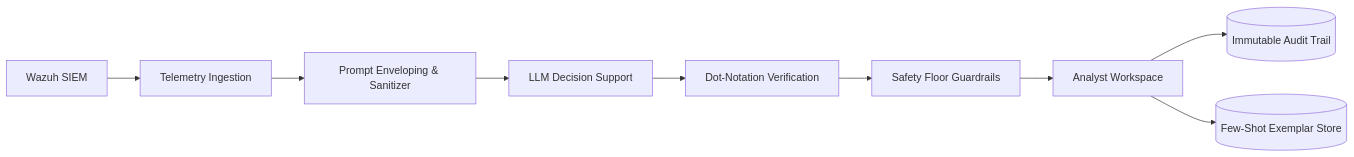
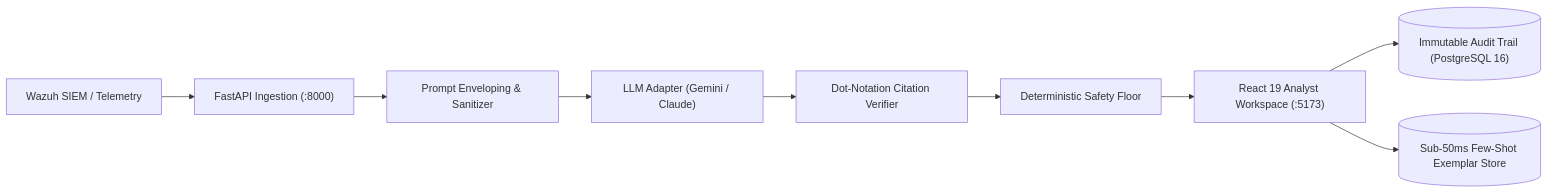
Before and after one commit to asad-123456/Sentra-X: the diagram in README.md, drawn with Mermaid. The commit also changed other lines of this file and 86 other files, not shown here.

Commit message:
feat(core): Deliver WP-2 Backend REST API & WP-5 Frontend React SPA with full contract parity, resilience, and test suite

````diff
--- a/README.md
+++ b/README.md
@@ -18,11 +19,11 @@
 ```mermaid
 flowchart LR
-    Wazuh["Wazuh SIEM"] --> Ingestion["Telemetry Ingestion"]
+    Wazuh["Wazuh SIEM / Telemetry"] --> Ingestion["FastAPI Ingestion (:8000)"]
     Ingestion --> Envelope["Prompt Enveloping & Sanitizer"]
-    Envelope --> LLM["LLM Decision Support"]
-    LLM --> Verification["Dot-Notation Verification"]
-    Verification --> SafetyFloor["Safety Floor Guardrails"]
-    SafetyFloor --> Workspace["Analyst Workspace"]
-    Workspace --> AuditLog[("Immutable Audit Trail")]
-    Workspace --> Exemplars[("Few-Shot Exemplar Store")]
+    Envelope --> LLM["LLM Adapter (Gemini / Claude)"]
+    LLM --> Verification["Dot-Notation Citation Verifier"]
+    Verification --> SafetyFloor["Deterministic Safety Floor"]
+    SafetyFloor --> Workspace["React 19 Analyst Workspace (:5173)"]
+    Workspace --> AuditLog[("Immutable Audit Trail (PostgreSQL 16)")]
+    Workspace --> Exemplars[("Sub-50ms Few-Shot Exemplar Store")]
 ```
````
